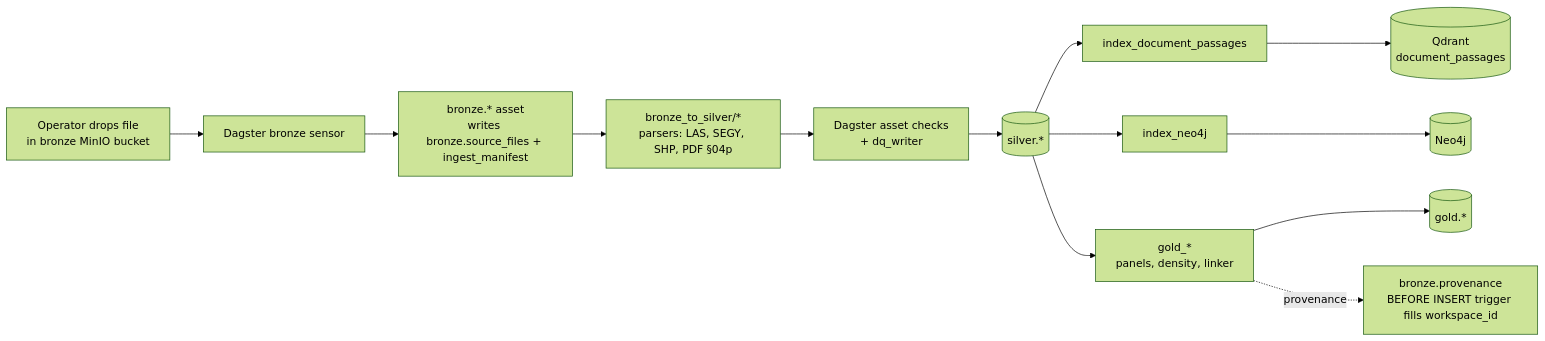
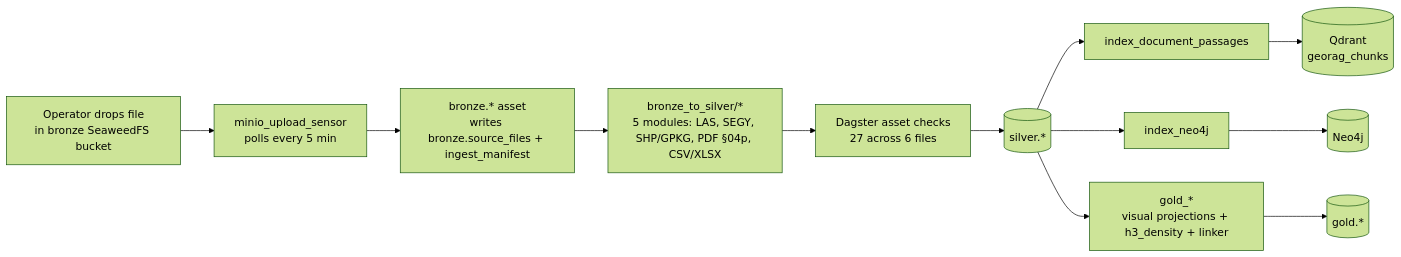
The first of 5 diagrams in docs/handover/DFS.md (kjmaguire/GeoRag-Intelligent-V2.1), drawn with Mermaid (forest theme) before and after one commit. The commit also changed other lines of this file and 8 other files, not shown here.

````diff
--- a/docs/handover/DFS.md
+++ b/docs/handover/DFS.md
@@ -32,15 +50,14 @@
 ```mermaid
 flowchart LR
-    Op[Operator drops file<br/>in bronze MinIO bucket] --> Sensor[Dagster bronze sensor]
+    Op[Operator drops file<br/>in bronze SeaweedFS bucket] --> Sensor[minio_upload_sensor<br/>polls every 5 min]
     Sensor --> BronzeAsset[bronze.* asset<br/>writes bronze.source_files + ingest_manifest]
-    BronzeAsset --> SilverAsset[bronze_to_silver/*<br/>parsers: LAS, SEGY, SHP, PDF §04p]
-    SilverAsset --> DQ[Dagster asset checks<br/>+ dq_writer]
+    BronzeAsset --> SilverAsset[bronze_to_silver/*<br/>5 modules: LAS, SEGY, SHP/GPKG, PDF §04p, CSV/XLSX]
+    SilverAsset --> DQ[Dagster asset checks<br/>27 across 6 files]
     DQ --> SilverTables[(silver.*)]
     SilverTables --> IndexPassages[index_document_passages]
     SilverTables --> IndexKG[index_neo4j]
-    SilverTables --> GoldAssets[gold_*<br/>panels, density, linker]
-    IndexPassages --> Qdrant[(Qdrant<br/>document_passages)]
+    SilverTables --> GoldAssets[gold_*<br/>visual projections + h3_density + linker]
+    IndexPassages --> Qdrant[(Qdrant<br/>georag_chunks)]
     IndexKG --> Neo4j[(Neo4j)]
     GoldAssets --> GoldTables[(gold.*)]
-    GoldAssets -. provenance .-> BronzeProv[bronze.provenance<br/>BEFORE INSERT trigger fills workspace_id]
 ```
````
